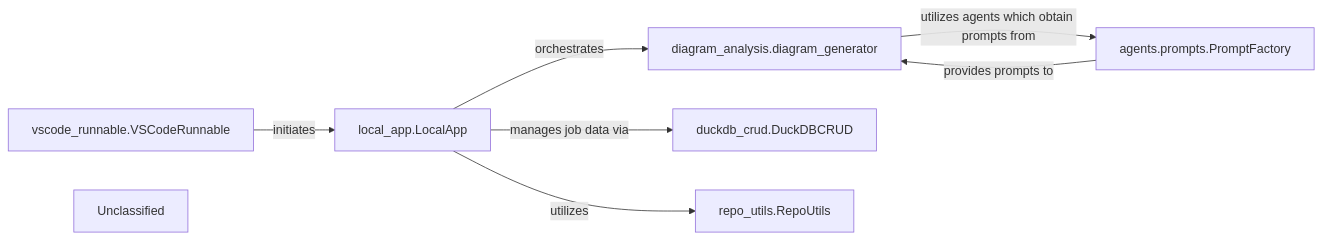
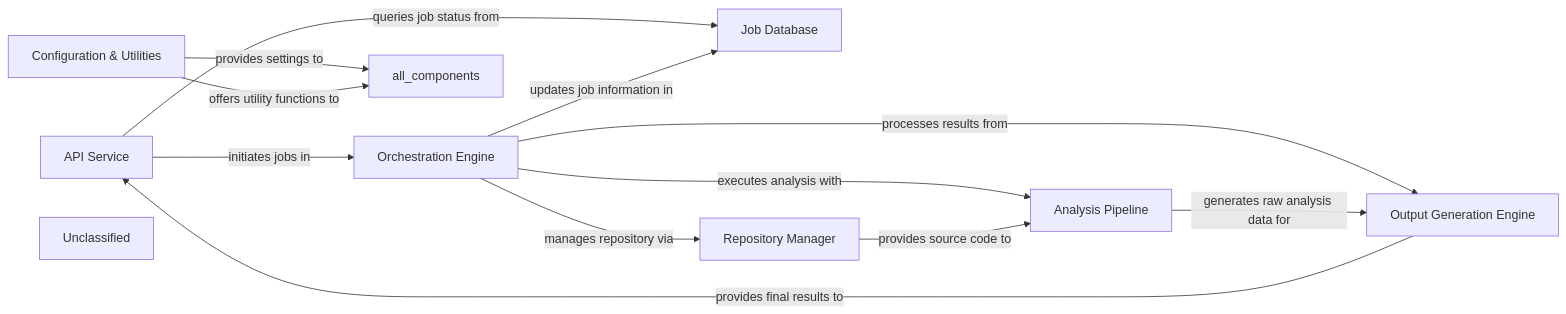
The diagram in .codeboarding/API_Service.md (mariyam866/CodeBoarding), drawn with Mermaid before and after one commit. The commit also changed other lines of this file and 11 other files, not shown here.

First line of the commit message:
docs: update codeboarding documentation and generate architecture

````diff
--- a/.codeboarding/API_Service.md
+++ b/.codeboarding/API_Service.md
@@ -1,17 +1,26 @@
 ```mermaid
 graph LR
-    local_app_LocalApp["local_app.LocalApp"]
-    diagram_analysis_diagram_generator["diagram_analysis.diagram_generator"]
-    agents_prompts_PromptFactory["agents.prompts.PromptFactory"]
-    duckdb_crud_DuckDBCRUD["duckdb_crud.DuckDBCRUD"]
-    repo_utils_RepoUtils["repo_utils.RepoUtils"]
-    vscode_runnable_VSCodeRunnable["vscode_runnable.VSCodeRunnable"]
+    API_Service["API Service"]
+    Job_Database["Job Database"]
+    Orchestration_Engine["Orchestration Engine"]
+    Repository_Manager["Repository Manager"]
+    Analysis_Pipeline["Analysis Pipeline"]
+    Output_Generation_Engine["Output Generation Engine"]
+    Configuration_Utilities["Configuration & Utilities"]
     Unclassified["Unclassified"]
-    Unclassified["Unclassified"]
-    vscode_runnable_VSCodeRunnable -- "initiates" --> local_app_LocalApp
-    local_app_LocalApp -- "orchestrates" --> diagram_analysis_diagram_generator
-    local_app_LocalApp -- "manages job data via" --> duckdb_crud_DuckDBCRUD
-    local_app_LocalApp -- "utilizes" --> repo_utils_RepoUtils
-    diagram_analysis_diagram_generator -- "utilizes agents which obtain prompts from" --> agents_prompts_PromptFactory
-    agents_prompts_PromptFactory -- "provides prompts to" --> diagram_analysis_diagram_generator
+    API_Service -- "initiates jobs in" --> Orchestration_Engine
+    API_Service -- "queries job status from" --> Job_Database
+    Orchestration_Engine -- "updates job information in" --> Job_Database
+    Orchestration_Engine -- "manages repository via" --> Repository_Manager
+    Orchestration_Engine -- "executes analysis with" --> Analysis_Pipeline
+    Orchestration_Engine -- "processes results from" --> Output_Generation_Engine
+    Repository_Manager -- "provides source code to" --> Analysis_Pipeline
+    Analysis_Pipeline -- "generates raw analysis data for" --> Output_Generation_Engine
+    Output_Generation_Engine -- "provides final results to" --> API_Service
+    Configuration_Utilities -- "provides settings to" --> all_components
+    Configuration_Utilities -- "offers utility functions to" --> all_components
+    click API_Service href "https://github.com/CodeBoarding/CodeBoarding/blob/main/.codeboarding/API_Service.md" "Details"
+    click Orchestration_Engine href "https://github.com/CodeBoarding/CodeBoarding/blob/main/.codeboarding/Orchestration_Engine.md" "Details"
+    click Repository_Manager href "https://github.com/CodeBoarding/CodeBoarding/blob/main/.codeboarding/Repository_Manager.md" "Details"
+    click Output_Generation_Engine href "https://github.com/CodeBoarding/CodeBoarding/blob/main/.codeboarding/Output_Generation_Engine.md" "Details"
 ```
````
